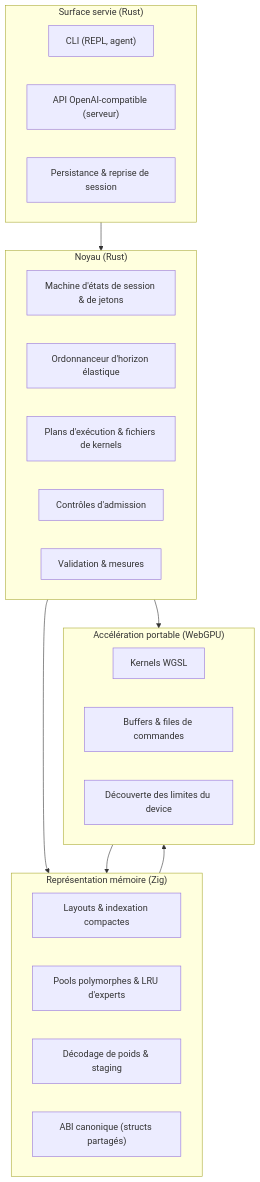
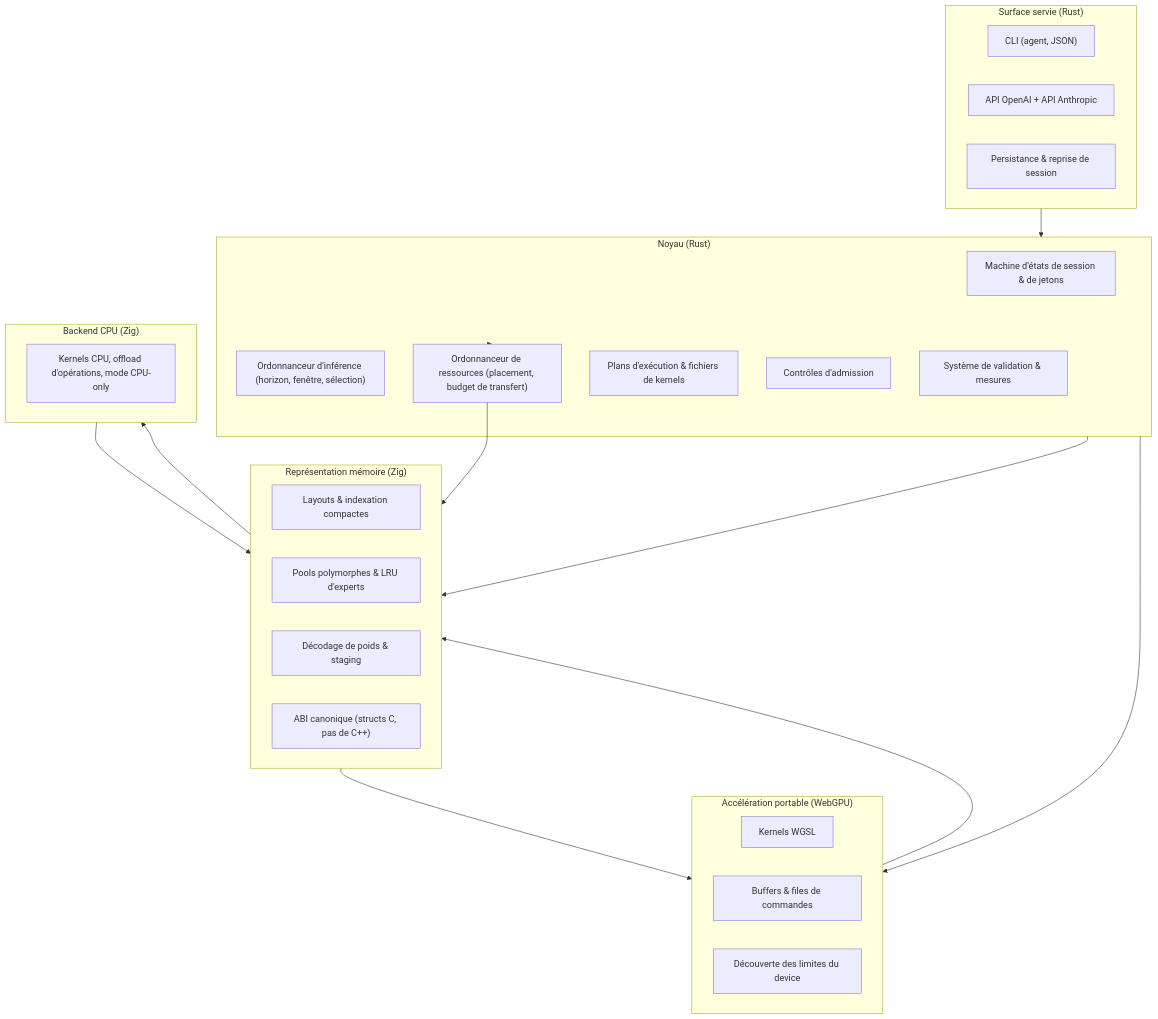
The second of 4 diagrams in _Alethe.IA.md (zenhit777/Alethe.IA), drawn with Mermaid before and after one commit. The commit also changed other lines of this file and 5 other files, not shown here.

````diff
--- a/_Alethe.IA.md
+++ b/_Alethe.IA.md
@@ -207,31 +360,39 @@
 ```mermaid
 flowchart TD
   subgraph SERVE["Surface servie (Rust)"]
-    CLI["CLI (REPL, agent)"]
-    API["API OpenAI-compatible (serveur)"]
+    CLI["CLI (agent, JSON)"]
+    API["API OpenAI + API Anthropic"]
     PERSIST["Persistance & reprise de session"]
   end
   subgraph CORE["Noyau (Rust)"]
     STATE["Machine d'états de session & de jetons"]
-    SCHED["Ordonnanceur d'horizon élastique"]
+    SCHED["Ordonnanceur d'inférence (horizon, fenêtre, sélection)"]
+    RES["Ordonnanceur de ressources (placement, budget de transfert)"]
     PLAN["Plans d'exécution & fichiers de kernels"]
     ADMIT["Contrôles d'admission"]
-    VALID["Validation & mesures"]
+    VALID["Système de validation & mesures"]
   end
   subgraph MEM["Représentation mémoire (Zig)"]
     LAYOUT["Layouts & indexation compactes"]
     POOLS["Pools polymorphes & LRU d'experts"]
     DECODE["Décodage de poids & staging"]
-    ABI["ABI canonique (structs partagés)"]
+    ABI["ABI canonique (structs C, pas de C++)"]
   end
   subgraph GPU["Accélération portable (WebGPU)"]
     KERNELS["Kernels WGSL"]
     BUFFERS["Buffers & files de commandes"]
     LIMITS["Découverte des limites du device"]
   end
+  subgraph CPUP["Backend CPU (Zig)"]
+    CPUK["Kernels CPU, offload d'opérations, mode CPU-only"]
+  end
   SERVE --> CORE
+  CORE --> RES
+  RES --> MEM
   CORE --> MEM
   MEM --> GPU
   GPU --> MEM
   CORE --> GPU
+  MEM --> CPUP
+  CPUP --> MEM
 ```
````
